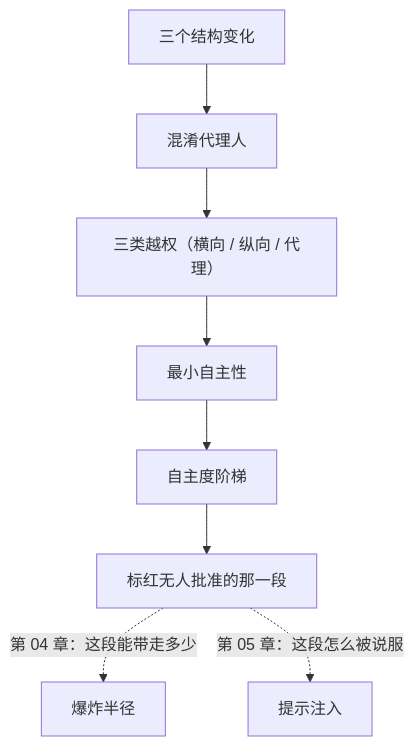
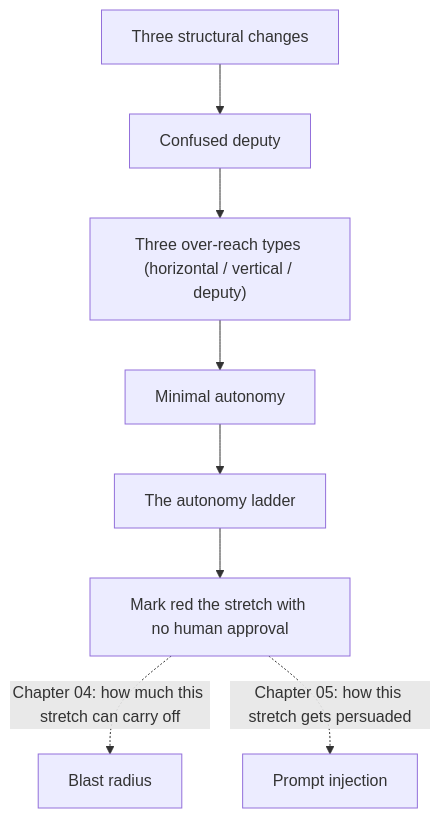
One commit to xzlxiao/vibe-coding-textbook changed the diagram in phase4/chapters/ch02-agent-as-subject.md. Above: the diagram before and after it, drawn with Mermaid. The commit also changed other lines of this file and 10 other files, not shown here.

````diff
--- a/phase4/chapters/ch02-agent-as-subject.md
+++ b/phase4/chapters/ch02-agent-as-subject.md
@@ -217,10 +217,10 @@
 ```mermaid
 flowchart TD
-    A["三个结构变化"] --> B["混淆代理人"]
-    B --> C["三类越权（横向 / 纵向 / 代理）"]
-    C --> D["最小自主性"]
-    D --> E["自主度阶梯"]
-    E --> F["标红无人批准的那一段"]
-    F -.->|"第 04 章：这段能带走多少"| N["爆炸半径"]
-    F -.->|"第 05 章：这段怎么被说服"| M["提示注入"]
+    A["Three structural changes"] --> B["Confused deputy"]
+    B --> C["Three over-reach types (horizontal / vertical / deputy)"]
+    C --> D["Minimal autonomy"]
+    D --> E["The autonomy ladder"]
+    E --> F["Mark red the stretch with no human approval"]
+    F -.->|"Chapter 04: how much this stretch can carry off"| N["Blast radius"]
+    F -.->|"Chapter 05: how this stretch gets persuaded"| M["Prompt injection"]
 ```
````
